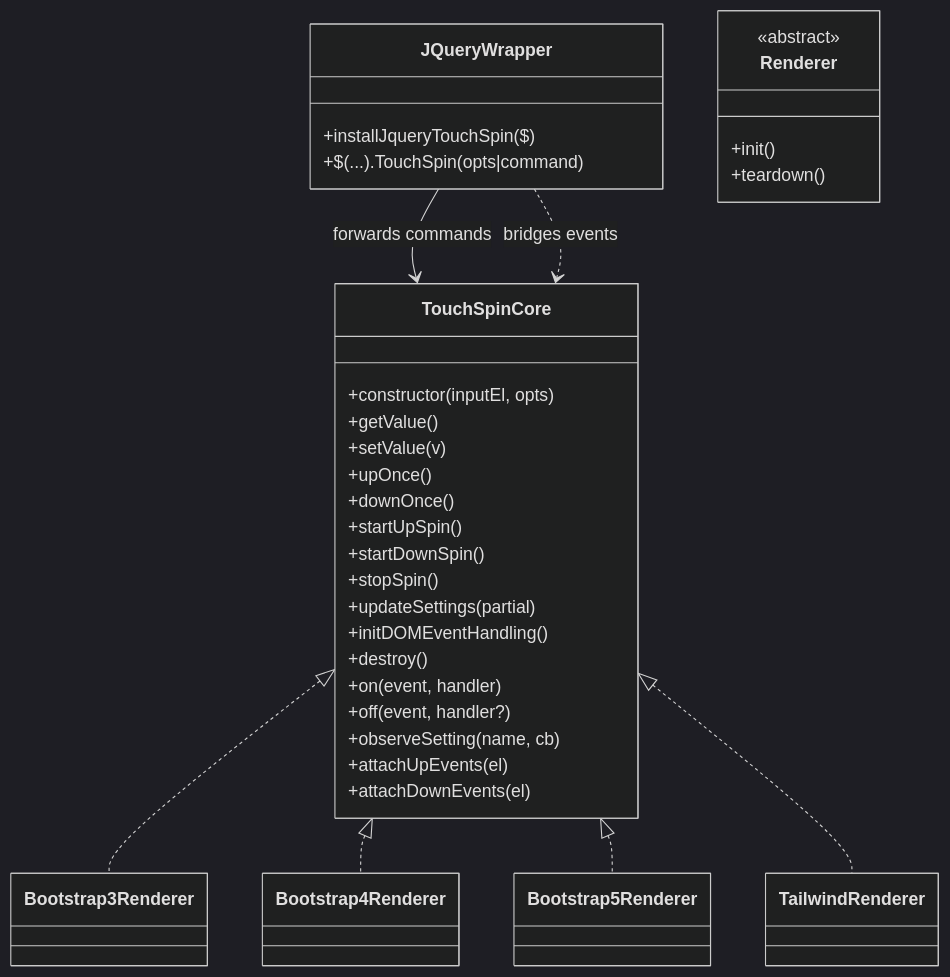
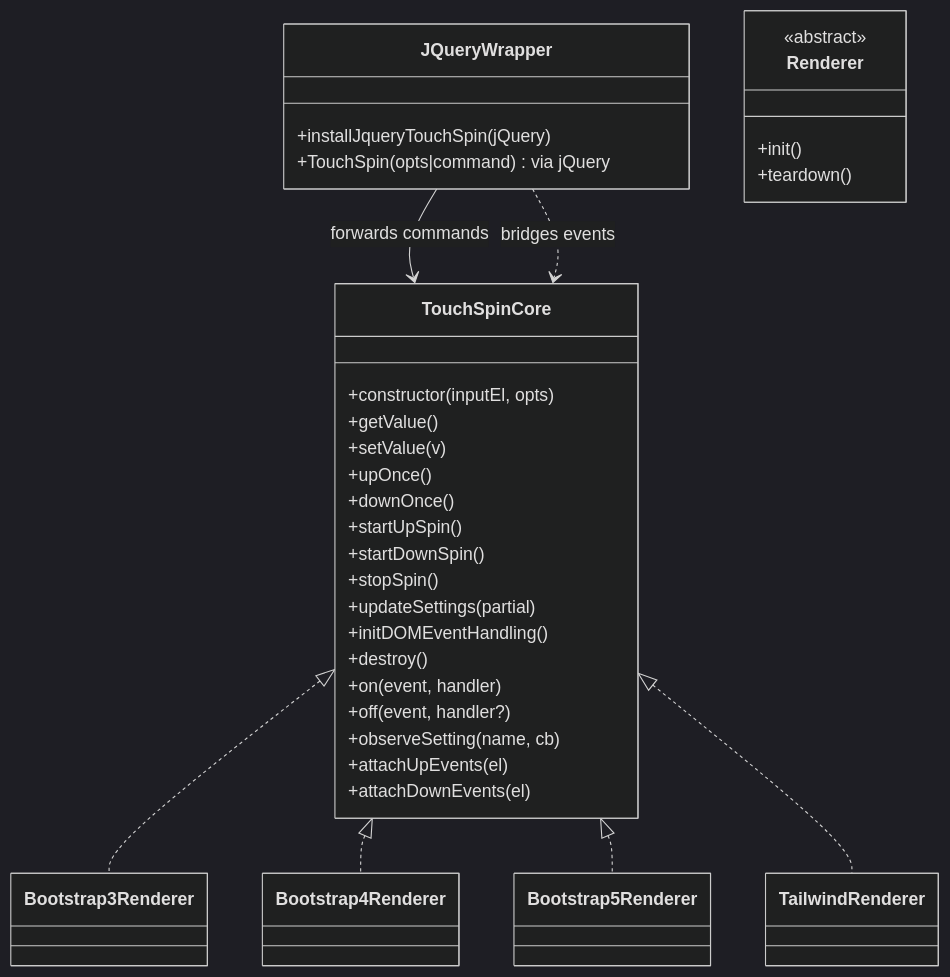
Before and after one commit to istvan-ujjmeszaros/touchspin: the diagram in architecture-openai/diagrams/class-overview.md, drawn with Mermaid (dark theme). The commit also changed 7 other files, not shown here.

Commit message:
docs(architecture): fix Mermaid syntax across diagrams (escape/remove special chars, replace '$' participant, quote labels)

````diff
--- a/architecture-openai/diagrams/class-overview.md
+++ b/architecture-openai/diagrams/class-overview.md
@@ -1,42 +1,42 @@
 ```mermaid
 classDiagram
   class TouchSpinCore {
     +constructor(inputEl, opts)
     +getValue()
     +setValue(v)
     +upOnce()
     +downOnce()
     +startUpSpin()
     +startDownSpin()
     +stopSpin()
     +updateSettings(partial)
     +initDOMEventHandling()
     +destroy()
     +on(event, handler)
     +off(event, handler?)
     +observeSetting(name, cb)
     +attachUpEvents(el)
     +attachDownEvents(el)
   }
 
   class JQueryWrapper {
-    +installJqueryTouchSpin($)
-    +$(...).TouchSpin(opts|command)
+    +installJqueryTouchSpin(jQuery)
+    +TouchSpin(opts|command) via jQuery
   }
 
   class Renderer <<abstract>> {
     +init()
     +teardown()
   }
   class Bootstrap3Renderer
   class Bootstrap4Renderer
   class Bootstrap5Renderer
   class TailwindRenderer
 
   JQueryWrapper --> TouchSpinCore : forwards commands
   JQueryWrapper ..> TouchSpinCore : bridges events
   TouchSpinCore <|.. Bootstrap3Renderer
   TouchSpinCore <|.. Bootstrap4Renderer
   TouchSpinCore <|.. Bootstrap5Renderer
   TouchSpinCore <|.. TailwindRenderer
 ```
````
